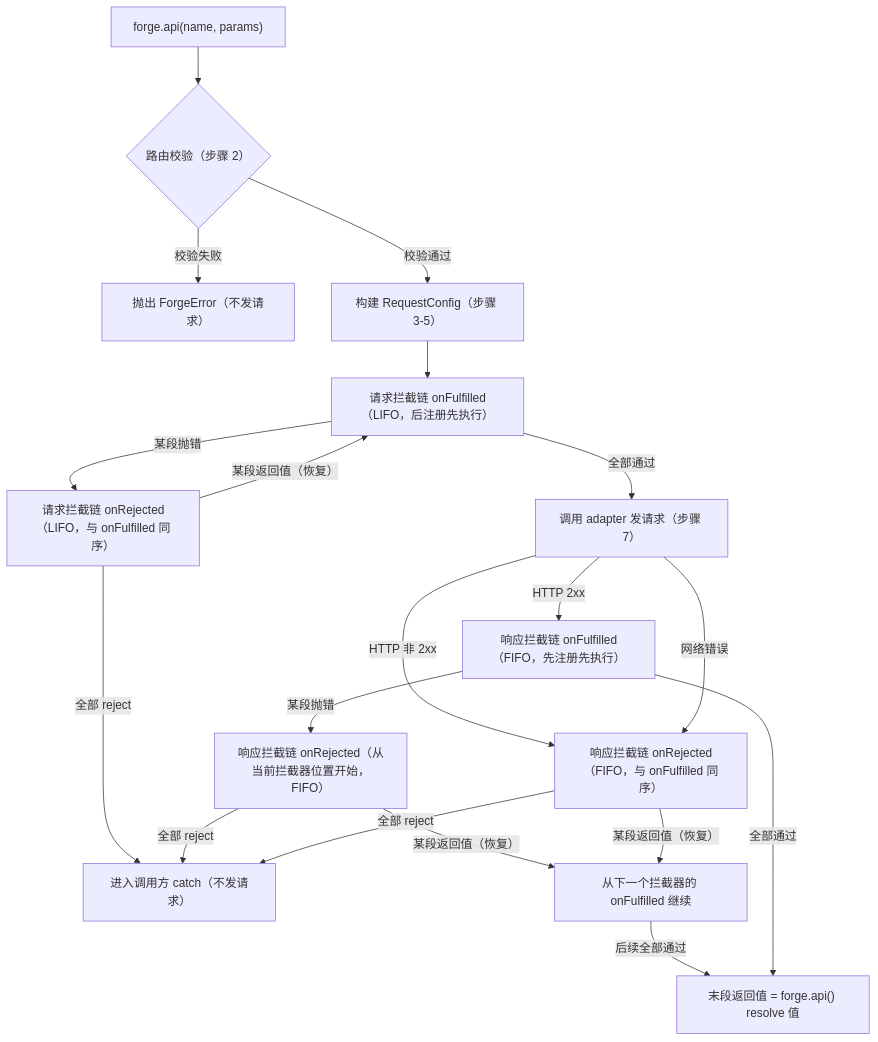
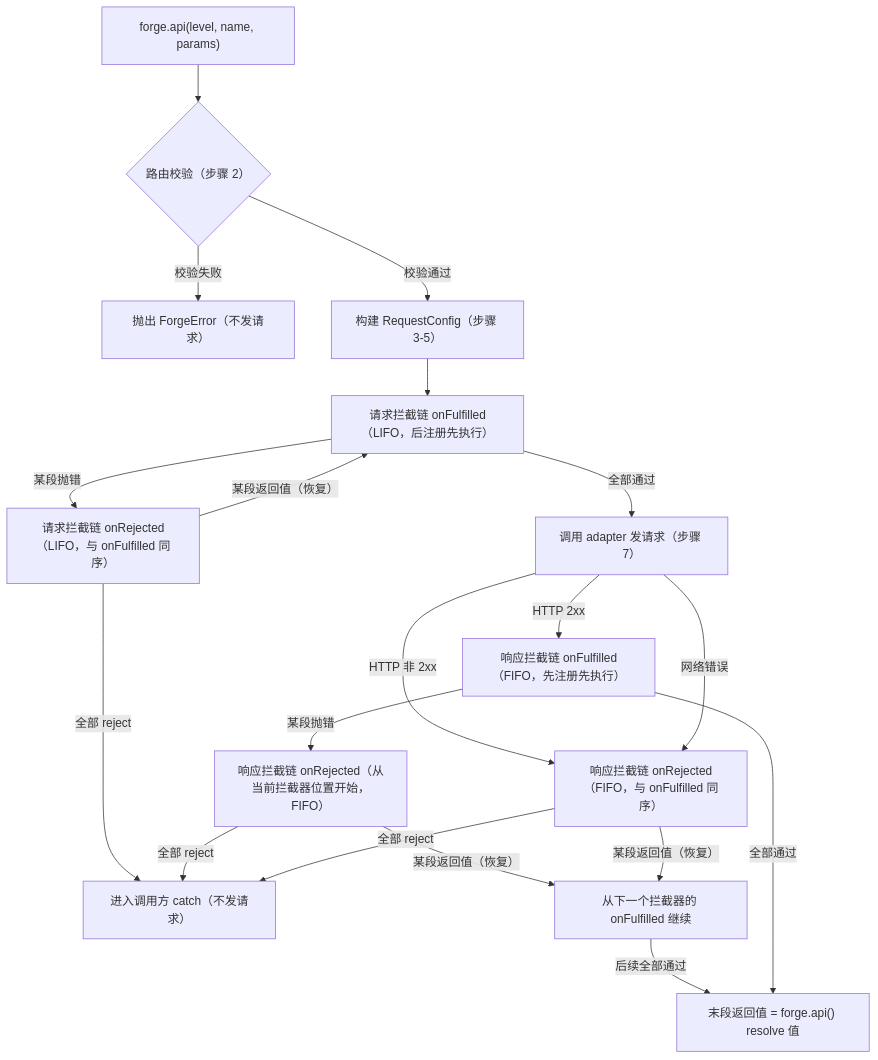
Before and after one commit to route-forge/route-forge: the diagram in .docs/SPEC.md, drawn with Mermaid. The commit also changed other lines of this file and 12 other files, not shown here.

````diff
--- a/.docs/SPEC.md
+++ b/.docs/SPEC.md
@@ -552,21 +552,21 @@
 ```mermaid
 graph TD
-    A["forge.api(name, params)"] --> B{"路由校验（步骤 2）"}
+    A["forge.api(level, name, params)"] --> B{"路由校验（步骤 2）"}
     B -- " 校验失败 " --> C["抛出 ForgeError（不发请求）"]
     B -- " 校验通过 " --> D["构建 RequestConfig（步骤 3-5）"]
     D --> E["请求拦截链 onFulfilled（LIFO，后注册先执行）"]
     E -- " 某段抛错 " --> F["请求拦截链 onRejected（LIFO，与 onFulfilled 同序）"]
     F -- " 某段返回值（恢复） " --> E
     F -- " 全部 reject " --> G["进入调用方 catch（不发请求）"]
     E -- " 全部通过 " --> H["调用 adapter 发请求（步骤 7）"]
     H -- " HTTP 2xx " --> I["响应拦截链 onFulfilled（FIFO，先注册先执行）"]
     H -- " HTTP 非 2xx " --> J["响应拦截链 onRejected（FIFO，与 onFulfilled 同序）"]
     H -- " 网络错误 " --> J
     I -- " 某段抛错 " --> K["响应拦截链 onRejected（从当前拦截器位置开始，FIFO）"]
     K -- " 某段返回值（恢复） " --> L["从下一个拦截器的 onFulfilled 继续"]
     K -- " 全部 reject " --> G
     J -- " 某段返回值（恢复） " --> L
     J -- " 全部 reject " --> G
     L -- " 后续全部通过 " --> M["末段返回值 = forge.api() resolve 值"]
     I -- " 全部通过 " --> M
 ```
````
